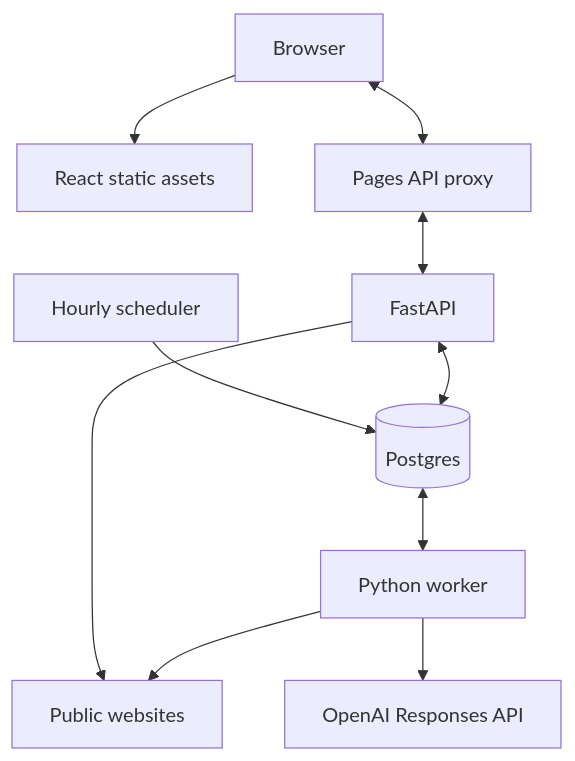
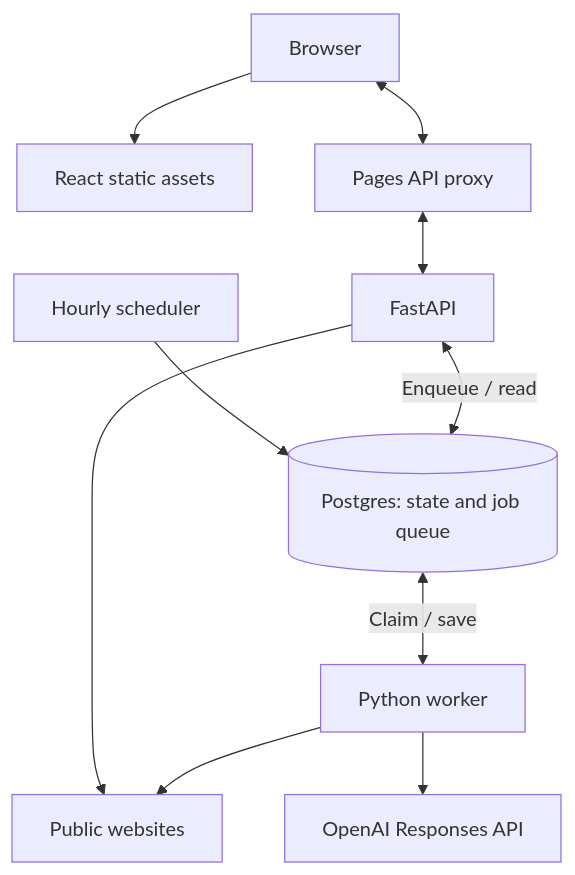
One commit to rmichnovicz/llms-txt-randy-michnovicz changed the diagram in ARCHITECTURE.md. Above: the diagram before and after it, drawn with Mermaid. The commit also changed other lines of this file, not shown here.

Commit message:
Clarify the API to worker handoff through Postgres

````diff
--- a/ARCHITECTURE.md
+++ b/ARCHITECTURE.md
@@ -10,12 +10,12 @@
 ```mermaid
 flowchart TD
   Browser[Browser] --> Assets[React static assets]
   Browser <--> Proxy[Pages API proxy]
   Proxy <--> API[FastAPI]
-  API <--> DB[(Postgres)]
+  API <-->|Enqueue / read| DB[(Postgres: state and job queue)]
   Scheduler[Hourly scheduler] --> DB
-  DB <--> Worker[Python worker]
+  DB <-->|Claim / save| Worker[Python worker]
   Worker --> Websites[Public websites]
   Worker --> Model[OpenAI Responses API]
   API --> Websites
 ```
````
